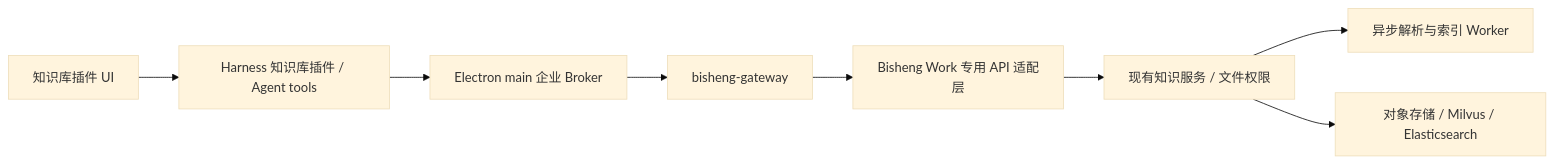
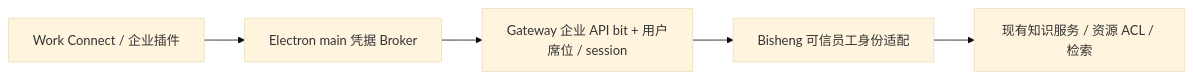
One commit to XSXLL22/dsh-desktop changed the diagram in docs/bisheng-knowledge-enterprise-design.zh.md. Above: the diagram before and after it, drawn with Mermaid (base theme). The commit also changed other lines of this file and 1 other file, not shown here.

Commit message:
docs(enterprise): clarify knowledge API licensing and authentication

````diff
--- a/docs/bisheng-knowledge-enterprise-design.zh.md
+++ b/docs/bisheng-knowledge-enterprise-design.zh.md
@@ -32,10 +17,7 @@
 ```mermaid
 flowchart LR
-  UI[知识库插件 UI] --> HP[Harness 知识库插件 / Agent tools]
-  HP --> EB[Electron main 企业 Broker]
-  EB --> GW[bisheng-gateway]
-  GW --> BS[Bisheng Work 专用 API 适配层]
-  BS --> KS[现有知识服务 / 文件权限]
-  KS --> W[异步解析与索引 Worker]
-  KS --> ST[对象存储 / Milvus / Elasticsearch]
+  Connect[Work Connect / 企业插件] --> Broker[Electron main 凭据 Broker]
+  Broker --> Gateway[Gateway 企业 API bit + 用户席位 / session]
+  Gateway --> Adapter[Bisheng 可信员工身份适配]
+  Adapter --> Knowledge[现有知识服务 / 资源 ACL / 检索]
 ```
````
